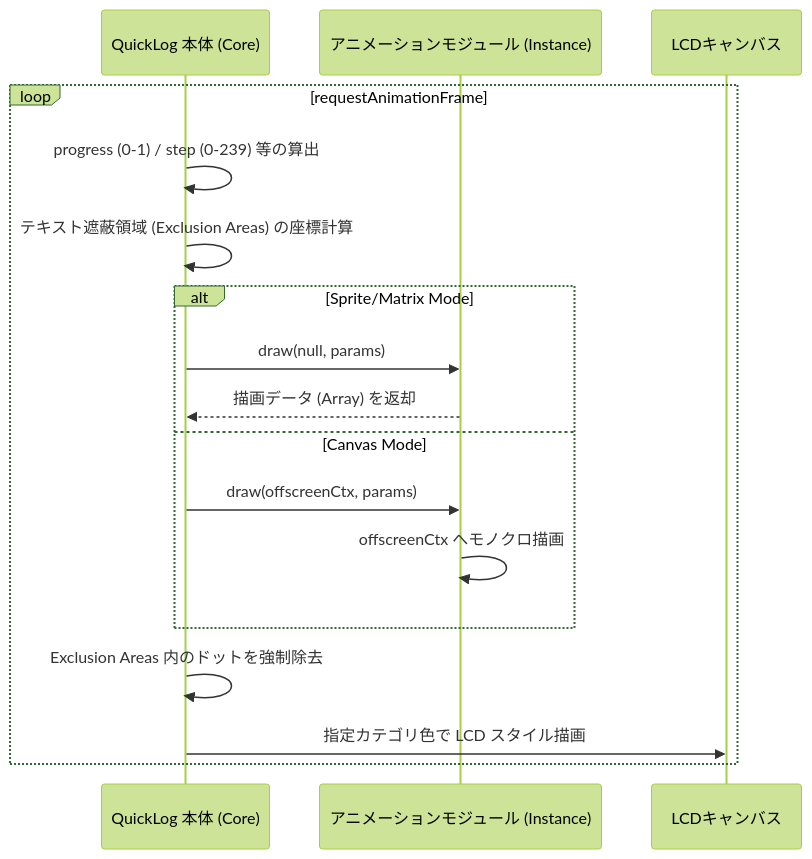
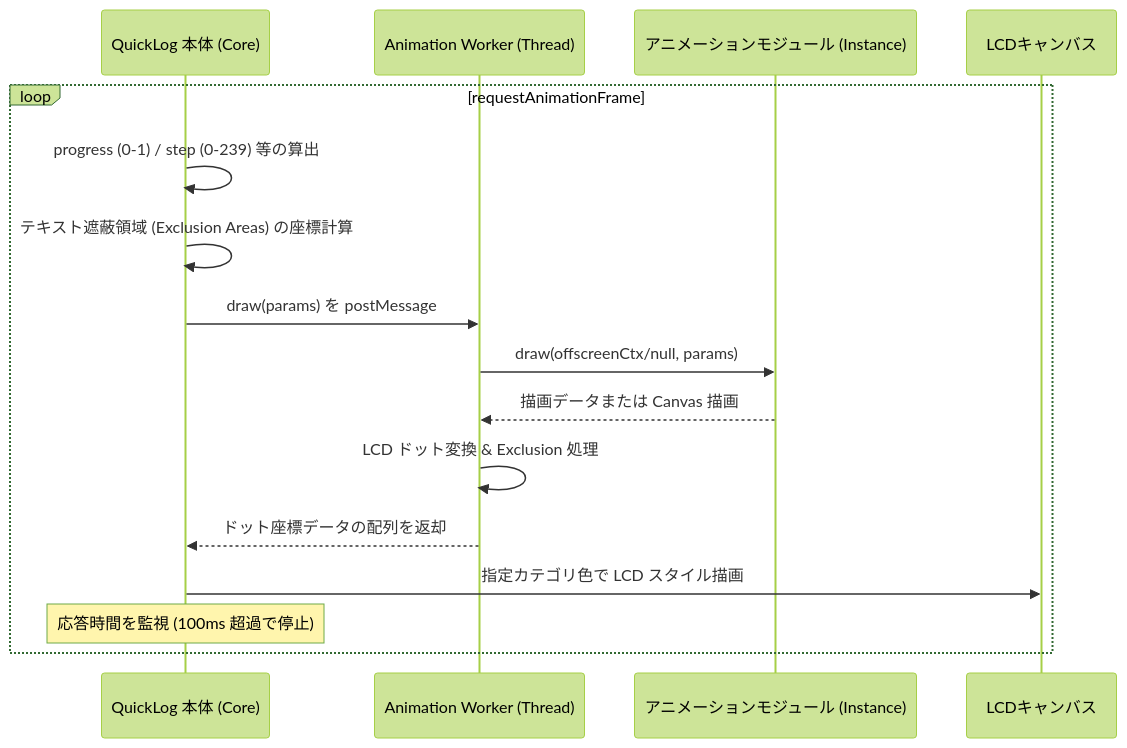
Before and after one commit to masanori-satake/QuickLog-Solo: the third of 5 diagrams in docs/animation_module_spec.md, drawn with Mermaid (forest theme). The commit also changed other lines of this file and 33 other files, not shown here.

````diff
--- a/docs/animation_module_spec.md
+++ b/docs/animation_module_spec.md
@@ -48,20 +48,19 @@
 ```mermaid
 sequenceDiagram
     participant C_Loop as QuickLog 本体 (Core)
+    participant W_Loop as Animation Worker (Thread)
     participant M_Loop as アニメーションモジュール (Instance)
     participant D_Loop as LCDキャンバス
 
     loop requestAnimationFrame
         C_Loop->>C_Loop: progress (0-1) / step (0-239) 等の算出
         C_Loop->>C_Loop: テキスト遮蔽領域 (Exclusion Areas) の座標計算
-        alt Sprite/Matrix Mode
-            C_Loop->>M_Loop: draw(null, params)
-            M_Loop-->>C_Loop: 描画データ (Array) を返却
-        else Canvas Mode
-            C_Loop->>M_Loop: draw(offscreenCtx, params)
-            M_Loop->>M_Loop: offscreenCtx へモノクロ描画
-        end
-        C_Loop->>C_Loop: Exclusion Areas 内のドットを強制除去
+        C_Loop->>W_Loop: draw(params) を postMessage
+        W_Loop->>M_Loop: draw(offscreenCtx/null, params)
+        M_Loop-->>W_Loop: 描画データまたは Canvas 描画
+        W_Loop->>W_Loop: LCD ドット変換 & Exclusion 処理
+        W_Loop-->>C_Loop: ドット座標データの配列を返却
         C_Loop->>D_Loop: 指定カテゴリ色で LCD スタイル描画
+        Note over C_Loop: 応答時間を監視 (100ms 超過で停止)
     end
 ```
````
